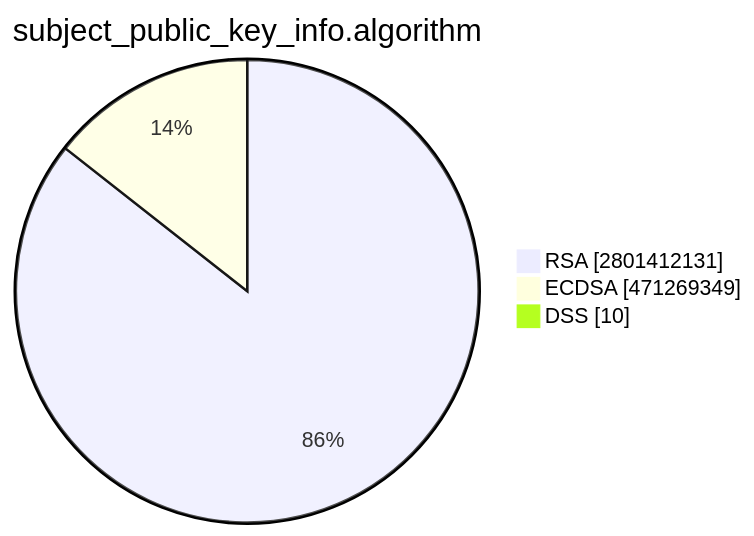
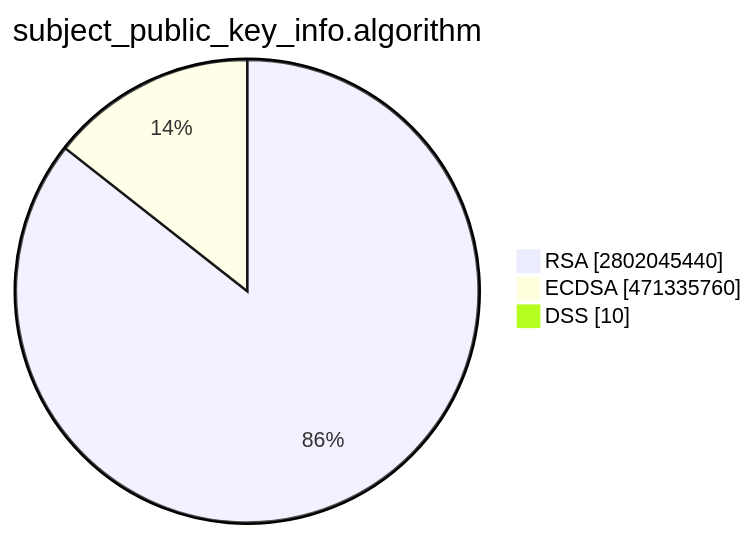
Before and after one commit to christiankrug/ctmonitor_visualization: the second of 15 diagrams in TOTAL/README.md, drawn with Mermaid. The commit also changed other lines of this file, not shown here.

````diff
--- a/TOTAL/README.md
+++ b/TOTAL/README.md
@@ -6,7 +6,7 @@
 ```mermaid
 pie showData
 title subject_public_key_info.algorithm
-"RSA" :2801412131
-"ECDSA" :471269349
+"RSA" :2802045440
+"ECDSA" :471335760
 "DSS" :10
 ```
````
